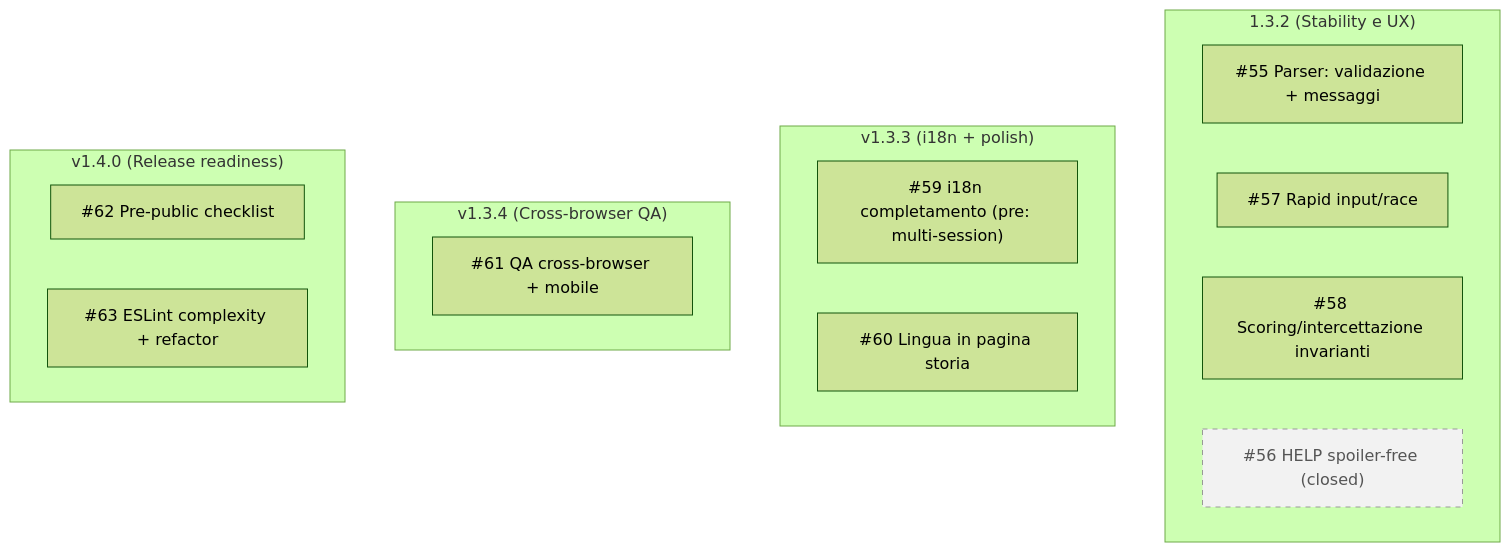
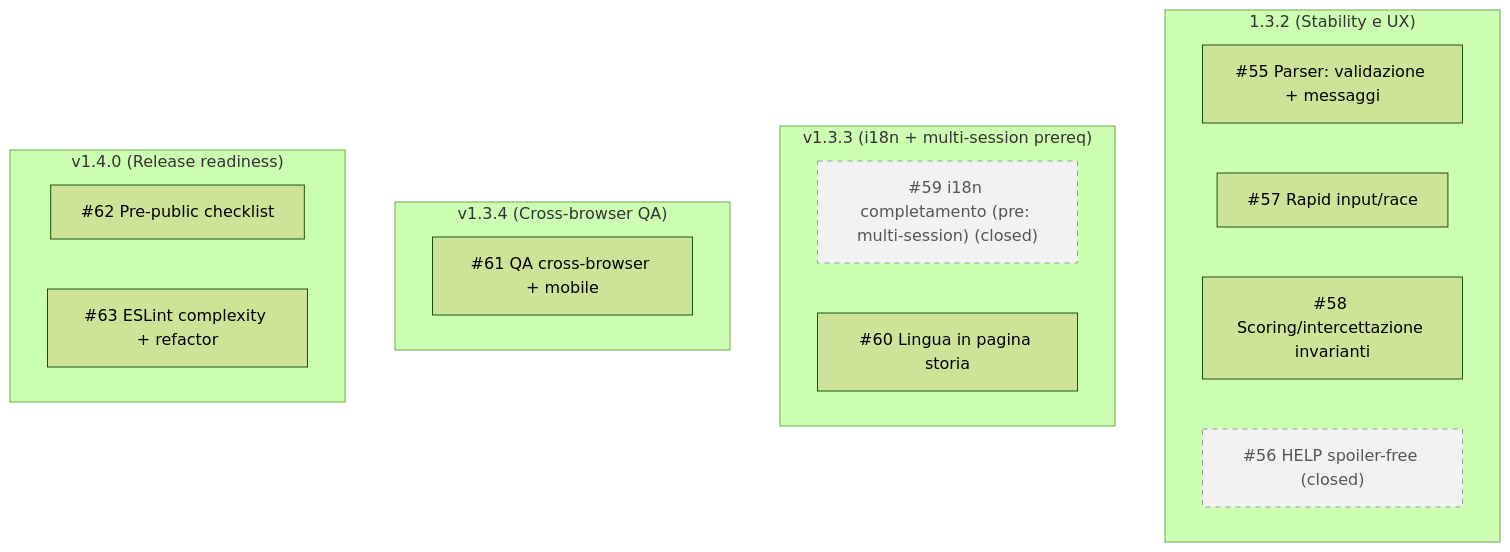
One commit to Aqualung61/MissioneOdessa changed the first of 2 diagrams in docs/20260113_nextsteps.md. Above: the diagram before and after it, drawn with Mermaid (forest theme). The commit also changed other lines of this file and 11 other files, not shown here.

````diff
--- a/docs/20260113_nextsteps.md
+++ b/docs/20260113_nextsteps.md
@@ -72,27 +72,28 @@
 ```mermaid
 flowchart TB
 
   subgraph M132["1.3.2 (Stability e UX)"]
     I55["#55 Parser: validazione + messaggi"]
     I57["#57 Rapid input/race"]
     I58["#58 Scoring/intercettazione invarianti"]
     I56["#56 HELP spoiler-free (closed)"]
   end
 
-  subgraph M133["v1.3.3 (i18n + polish)"]
-    I59["#59 i18n completamento (pre: multi-session)"]
+  subgraph M133["v1.3.3 (i18n + multi-session prereq)"]
+    I59["#59 i18n completamento (pre: multi-session) (closed)"]
     I60["#60 Lingua in pagina storia"]
   end
 
   subgraph M134["v1.3.4 (Cross-browser QA)"]
     I61["#61 QA cross-browser + mobile"]
   end
 
   subgraph M140["v1.4.0 (Release readiness)"]
     I62["#62 Pre-public checklist"]
     I63["#63 ESLint complexity + refactor"]
   end
 
   classDef closed fill:#f2f2f2,stroke:#999,stroke-dasharray: 5 5,color:#555;
   class I56 closed;
+  class I59 closed;
 ```
````
